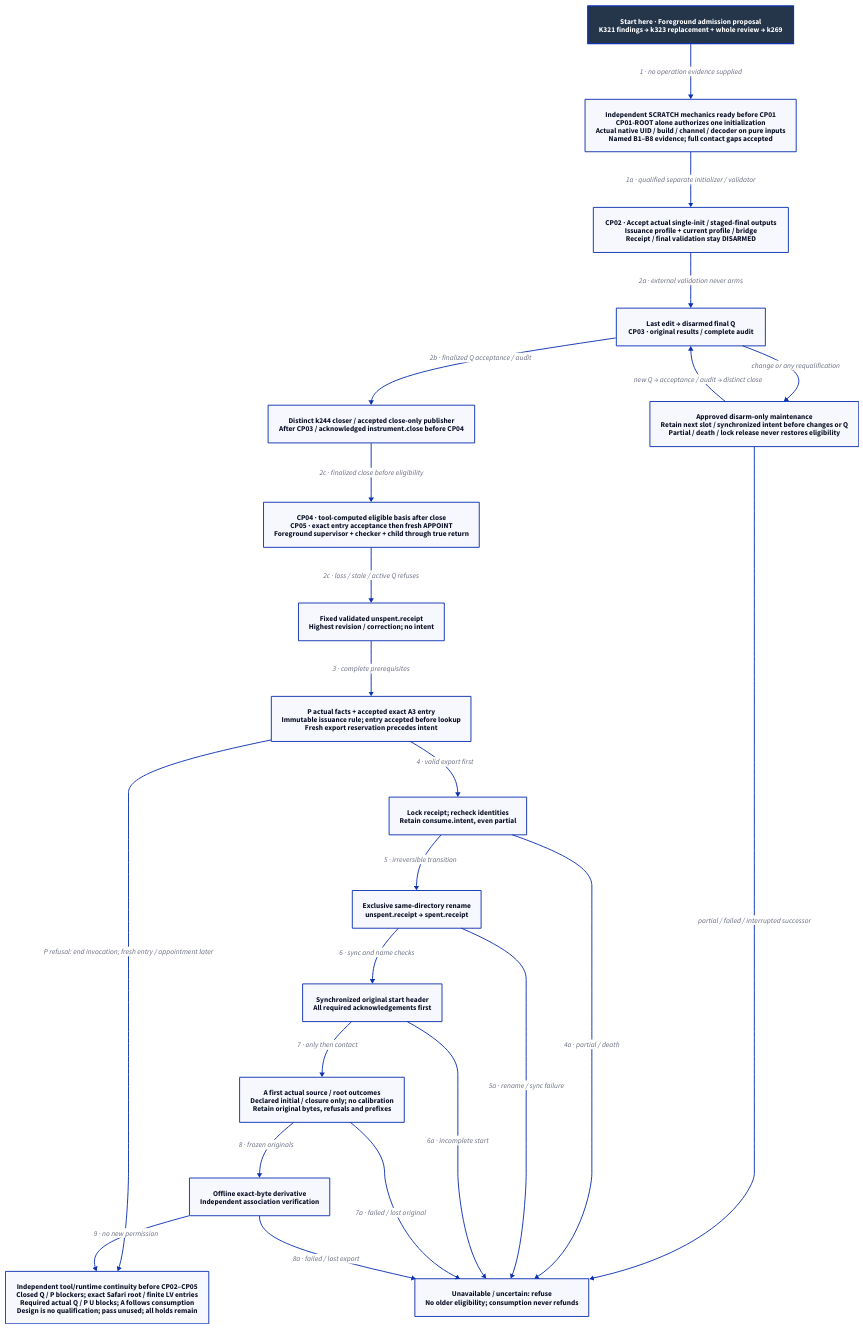
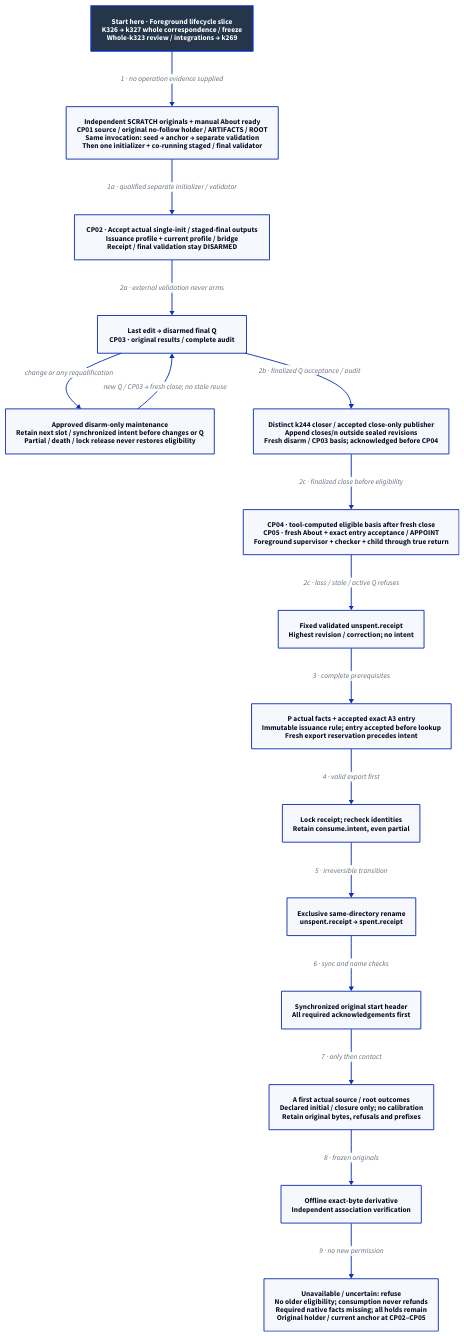
Before and after one commit to Linkuistics/Koine: the diagram in docs/design/architecture/native-reference-admission.d2, drawn with D2. The commit also changed 12 other files, not shown here.

Commit message:
Specify coupled reference-admission lifecycle contract (reference-evidence-lifecycle-contract-k326)

```diff
--- a/docs/design/architecture/native-reference-admission.d2
+++ b/docs/design/architecture/native-reference-admission.d2
@@ -1,43 +1,35 @@
 # Proposed lifecycle; complete contract is normative and qualification remains due.
 direction: down
 classes: {
   start: {style: {fill: "#25364B"; font-color: "#FFFFFF"; bold: true; stroke-width: 3}}
 }
-Start: "Start here · Foreground admission proposal\nK321 findings → k323 replacement + whole review → k269" {class: start}
-Qualify: "Independent SCRATCH mechanics ready before CP01\nCP01-ROOT alone authorizes one initialization\nActual native UID / build / channel / decoder on pure inputs\nNamed B1–B8 evidence; full contact gaps accepted"
+Start: "Start here · Foreground lifecycle slice\nK326 → k327 whole correspondence / freeze\nWhole-k323 review / integrations → k269" {class: start}
+Qualify: "Independent SCRATCH originals + manual About ready\nCP01 source / original no-follow holder / ARTIFACTS / ROOT\nSame invocation: seed → anchor → separate validation\nThen one initializer + co-running staged / final validator"
 Provision: "CP02 · Accept actual single-init / staged-final outputs\nIssuance profile + current profile / bridge\nReceipt / final validation stay DISARMED"
 Final: "Last edit → disarmed final Q\nCP03 · original results / complete audit"
-Release: "CP04 · tool-computed eligible basis after close\nCP05 · exact entry acceptance then fresh APPOINT\nForeground supervisor + checker + child through true return"
+Release: "CP04 · tool-computed eligible basis after fresh close\nCP05 · fresh About + exact entry acceptance / APPOINT\nForeground supervisor + checker + child through true return"
 Ready: "Fixed validated unspent.receipt\nHighest revision / correction; no intent"
 Export: "P actual facts + accepted exact A3 entry\nImmutable issuance rule; entry accepted before lookup\nFresh export reservation precedes intent"
 Intent: "Lock receipt; recheck identities\nRetain consume.intent, even partial"
 Spent: "Exclusive same-directory rename\nunspent.receipt → spent.receipt"
 Original: "Synchronized original start header\nAll required acknowledgements first"
 Capture: "A first actual source / root outcomes\nDeclared initial / closure only; no calibration\nRetain original bytes, refusals and prefixes"
 Derivative: "Offline exact-byte derivative\nIndependent association verification"
-Refuse: "Unavailable / uncertain: refuse\nNo older eligibility; consumption never refunds"
-Limit: "Independent tool/runtime continuity before CP02–CP05\nClosed Q / P blockers; exact Safari root / finite LV entries\nRequired actual Q / P U blocks; A follows consumption\nDesign is no qualification; pass unused; all holds remain"
+Limit: "Unavailable / uncertain: refuse\nNo older eligibility; consumption never refunds\nRequired native facts missing; all holds remain\nOriginal holder / current anchor at CP02–CP05"
 Maintenance: "Approved disarm-only maintenance\nRetain next slot / synchronized intent before changes or Q\nPartial / death / lock release never restores eligibility"
 Start -> Qualify: "1 · no operation evidence supplied"
 Qualify -> Provision: "1a · qualified separate initializer / validator"
 Provision -> Final: "2a · external validation never arms"
-Close: "Distinct k244 closer / accepted close-only publisher\nAfter CP03 / acknowledged instrument.close before CP04"
+Close: "Distinct k244 closer / accepted close-only publisher\nAppend closes/n outside sealed revisions\nFresh disarm / CP03 basis; acknowledged before CP04"
 Final -> Close: "2b · finalized Q acceptance / audit"
 Close -> Release: "2c · finalized close before eligibility"
 Final -> Maintenance: "change or any requalification"
-Maintenance -> Final: "new Q → acceptance / audit → distinct close"
-Maintenance -> Refuse: "partial / failed / interrupted successor"
+Maintenance -> Final: "new Q / CP03 → fresh close; no stale reuse"
 Release -> Ready: "2c · loss / stale / active Q refuses"
 Ready -> Export: "3 · complete prerequisites"
 Export -> Intent: "4 · valid export first"
-Export -> Limit: "P refusal: end invocation; fresh entry / appointment later"
 Intent -> Spent: "5 · irreversible transition"
 Spent -> Original: "6 · sync and name checks"
 Original -> Capture: "7 · only then contact"
 Capture -> Derivative: "8 · frozen originals"
 Derivative -> Limit: "9 · no new permission"
-Intent -> Refuse: "4a · partial / death"
-Spent -> Refuse: "5a · rename / sync failure"
-Original -> Refuse: "6a · incomplete start"
-Capture -> Refuse: "7a · failed / lost original"
-Derivative -> Refuse: "8a · failed / lost export"
```
